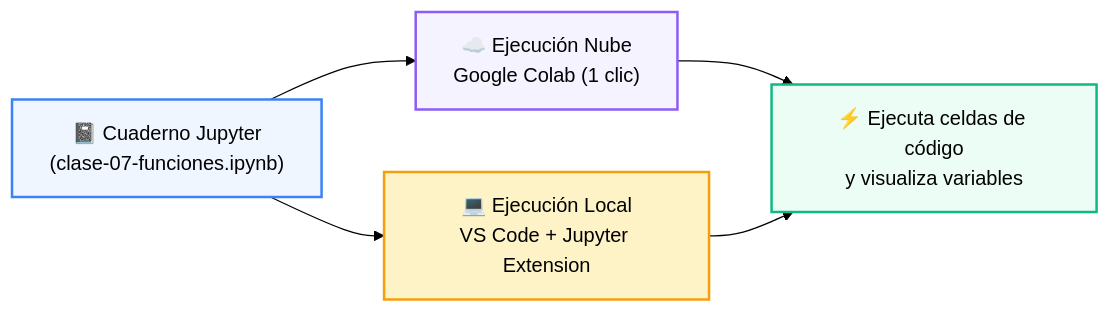
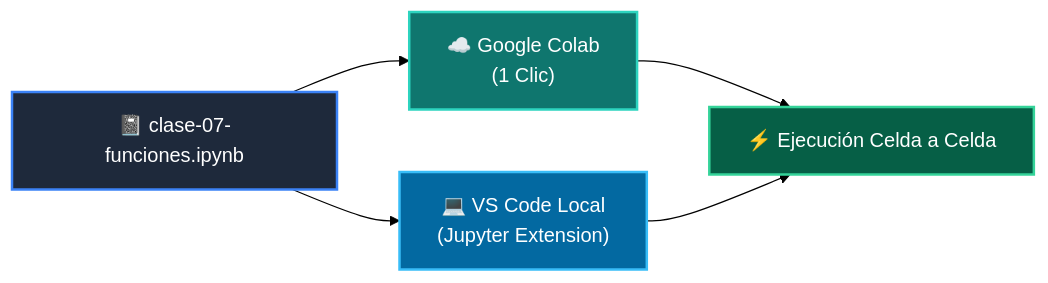
Before and after one commit to wisrovi/wisrovi-python: the diagram in 01-fundamentos-python/clase-07-funciones/notebook/README.md, drawn with Mermaid (forest theme). The commit also changed other lines of this file and 271 other files, not shown here.

Commit message:
docs: rewrite all README.md files with bespoke topic-specific Mermaid diagrams and remove repetitive boilerplate

````diff
--- a/01-fundamentos-python/clase-07-funciones/notebook/README.md
+++ b/01-fundamentos-python/clase-07-funciones/notebook/README.md
@@ -14,12 +12,12 @@
 ```mermaid
 flowchart LR
-    NB["📓 Cuaderno Jupyter<br/>(clase-07-funciones.ipynb)"] --> COLAB["☁️ Ejecución Nube<br/>Google Colab (1 clic)"]
-    NB --> LOCAL["💻 Ejecución Local<br/>VS Code + Jupyter Extension"]
-    COLAB --> RUN["⚡ Ejecuta celdas de código<br/>y visualiza variables"]
+    NB["📓 clase-07-funciones.ipynb"] --> COLAB["☁️ Google Colab<br/>(1 Clic)"]
+    NB --> LOCAL["💻 VS Code Local<br/>(Jupyter Extension)"]
+    COLAB --> RUN["⚡ Ejecución Celda a Celda"]
     LOCAL --> RUN
 
-    style NB fill:#eff6ff,stroke:#3b82f6,stroke-width:2px
-    style COLAB fill:#f5f3ff,stroke:#8b5cf6,stroke-width:2px
-    style LOCAL fill:#fef3c7,stroke:#f59e0b,stroke-width:2px
-    style RUN fill:#ecfdf5,stroke:#10b981,stroke-width:2px
+    style NB fill:#1e293b,color:#fff,stroke:#3b82f6,stroke-width:2px
+    style COLAB fill:#0f766e,color:#fff,stroke:#2dd4bf,stroke-width:2px
+    style LOCAL fill:#0369a1,color:#fff,stroke:#38bdf8,stroke-width:2px
+    style RUN fill:#065f46,color:#fff,stroke:#34d399,stroke-width:2px
 ```
````
